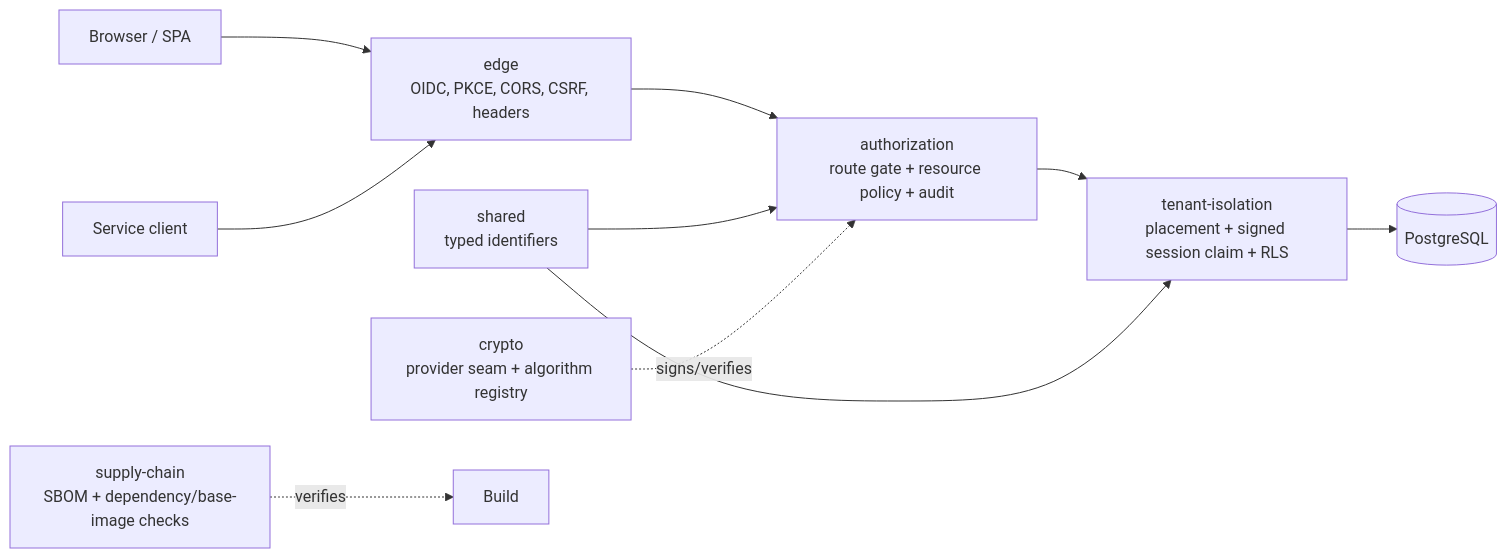
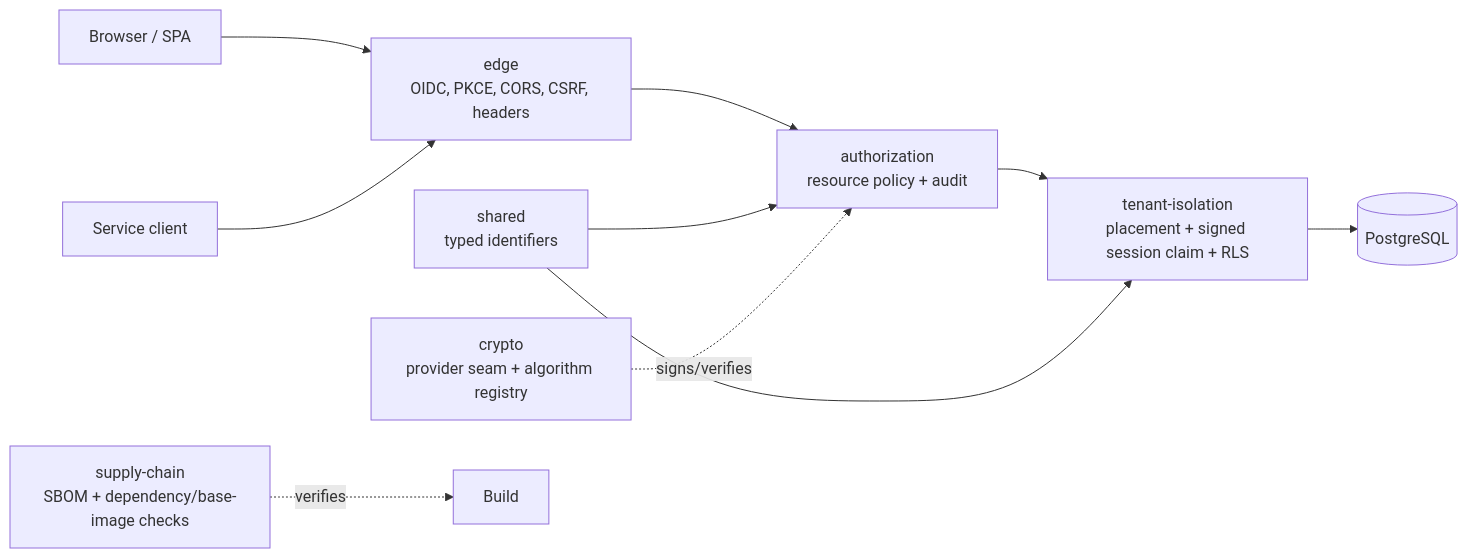
The diagram in README.md (joshuamatosdev/java-security-toolkit), drawn with Mermaid before and after one commit. The commit also changed other lines of this file and 86 other files, not shown here.

````diff
--- a/README.md
+++ b/README.md
@@ -59,12 +60,12 @@
 ```mermaid
 flowchart LR
     Browser["Browser / SPA"] --> Edge["edge<br/>OIDC, PKCE, CORS, CSRF, headers"]
     Service["Service client"] --> Edge
-    Edge --> Authz["authorization<br/>route gate + resource policy + audit"]
+    Edge --> Authz["authorization<br/>resource policy + audit"]
     Authz --> Tenant["tenant-isolation<br/>placement + signed session claim + RLS"]
     Tenant --> Postgres[("PostgreSQL")]
     Shared["shared<br/>typed identifiers"] --> Authz
     Shared --> Tenant
     Crypto["crypto<br/>provider seam + algorithm registry"] -. signs/verifies .-> Authz
     Supply["supply-chain<br/>SBOM + dependency/base-image checks"] -. verifies .-> Build["Build"]
 ```
````
